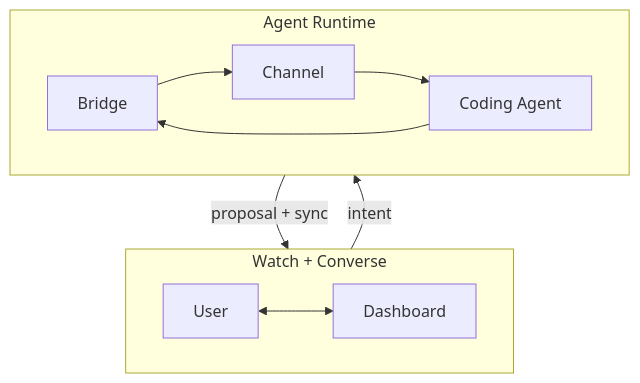
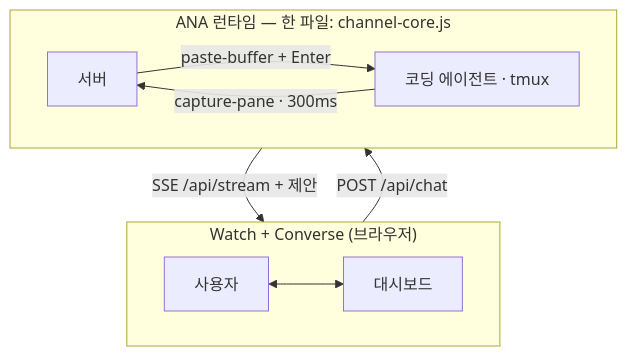
Before and after one commit to tykimos/agent-native-agent: the diagram in README.ko.md, drawn with Mermaid. The commit also changed other lines of this file and 9 other files, not shown here.

First line of the commit message:
Refresh docs to the current tmux architecture; drop stale assets

````diff
--- a/README.ko.md
+++ b/README.ko.md
@@ -62,17 +62,16 @@
 ```mermaid
 flowchart TB
-  subgraph UX["Watch + Converse"]
+  subgraph UX["Watch + Converse (브라우저)"]
     direction LR
-    U["User"] <--> D["Dashboard"]
+    U["사용자"] <--> D["대시보드"]
   end
 
-  subgraph RT["Agent Runtime"]
+  subgraph RT["ANA 런타임 — 한 파일: channel-core.js"]
     direction LR
-    B["Bridge"] --> C["Channel"]
-    C --> A["Coding Agent"]
-    A --> B
+    S["서버"] -->|"paste-buffer + Enter"| A["코딩 에이전트 · tmux"]
+    A -->|"capture-pane · 300ms"| S
   end
 
-  D -->|"intent"| B
-  B -->|"proposal + sync"| D
+  D -->|"POST /api/chat"| S
+  S -->|"SSE /api/stream + 제안"| D
 ```
````
